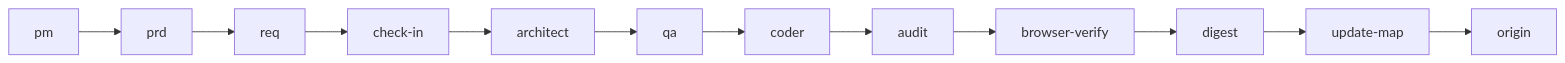
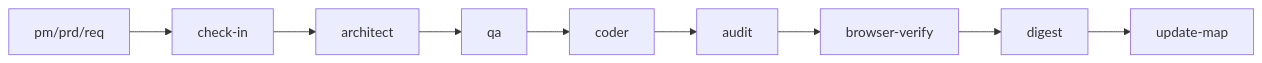
Before and after one commit to CryptoLinxu/Web3-AI-Agent-WebSite: the diagram in content/wiki/09-安全与风控/01-风险控制指南.md, drawn with Mermaid. The commit also changed other lines of this file and 59 other files, not shown here.

````diff
--- a/content/wiki/09-安全与风控/01-风险控制指南.md
+++ b/content/wiki/09-安全与风控/01-风险控制指南.md
@@ -269,14 +7,11 @@
 ```mermaid
 graph LR
-PM["pm"] --> PRD["prd"]
-PRD --> REQ["req"]
-REQ --> CI["check-in"]
-CI --> AR["architect"]
-AR --> QA["qa"]
-QA --> CD["coder"]
-CD --> AU["audit"]
-AU --> BV["browser-verify"]
-BV --> DG["digest"]
-DG --> UM["update-map"]
-UM --> ORG["origin"]
+  PM[pm/prd/req] --> CI[check-in]
+  CI --> AR[architect]
+  AR --> QA[qa]
+  QA --> CD[coder]
+  CD --> AU[audit]
+  AU --> BV[browser-verify]
+  BV --> DG[digest]
+  DG --> UM[update-map]
 ```
````
